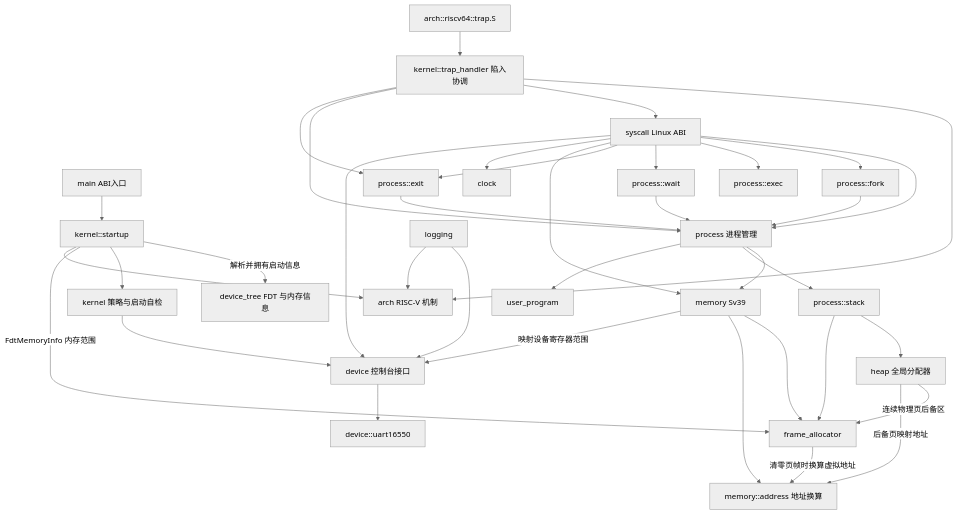
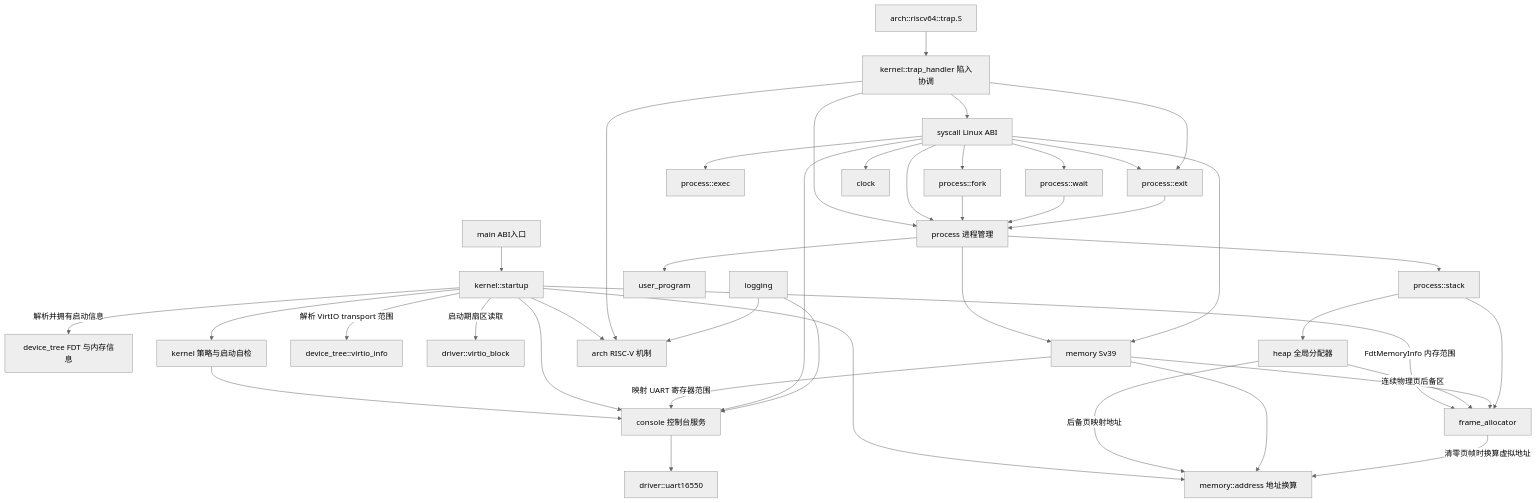
The diagram in docs/architecture.md (logeable/fullemu), drawn with Mermaid (neutral theme) before and after one commit. The commit also changed other lines of this file and 19 other files, not shown here.

````diff
--- a/docs/architecture.md
+++ b/docs/architecture.md
@@ -72,39 +75,43 @@
 ```mermaid
 flowchart TD
     Main[main ABI入口] --> Startup[kernel::startup]
     Startup -->|解析并拥有启动信息| DeviceTree[device_tree FDT 与内存信息]
     Startup --> Kernel[kernel 策略与启动自检]
+    Startup --> Address[memory::address 地址换算]
     Startup -->|FdtMemoryInfo 内存范围| Frames[frame_allocator]
+    Startup -->|解析 VirtIO transport 范围| VirtioInfo[device_tree::virtio_info]
+    Startup -->|启动期扇区读取| VirtioBlock[driver::virtio_block]
     Heap[heap 全局分配器] -->|连续物理页后备区| Frames
     Heap -->|后备页映射地址| Address[memory::address 地址换算]
     Startup --> Arch[arch RISC-V 机制]
-    Kernel --> Device[device 控制台接口]
-    Device --> Uart[device::uart16550]
+    Kernel --> Console[console 控制台服务]
+    Console --> Uart[driver::uart16550]
+    Startup --> Console
     ArchTrap[arch::riscv64::trap.S] --> TrapHandler[kernel::trap_handler 陷入协调]
     TrapHandler --> Arch
     TrapHandler --> Syscall[syscall Linux ABI]
     TrapHandler --> Process[process 进程管理]
     Syscall --> Process[process 进程管理]
     Syscall --> Fork[process::fork]
     Syscall --> Exec[process::exec]
     Syscall --> Wait[process::wait]
     Syscall --> Exit[process::exit]
     TrapHandler --> Exit
     Fork --> Process
     Wait --> Process
     Exit --> Process
     Memory[memory Sv39] --> Frames
     Memory --> Address
     Frames -->|清零页帧时换算虚拟地址| Address
-    Memory -->|映射设备寄存器范围| Device
+    Memory -->|映射 UART 寄存器范围| Console
     Process --> Memory
     Process --> Stack[process::stack]
     Stack --> Heap
     Stack --> Frames
     Process --> Program[user_program]
     Syscall --> Memory
     Syscall --> Clock[clock]
-    Syscall --> Device
-    Logging[logging] --> Device
+    Syscall --> Console
+    Logging[logging] --> Console
     Logging --> Arch
 ```
````
